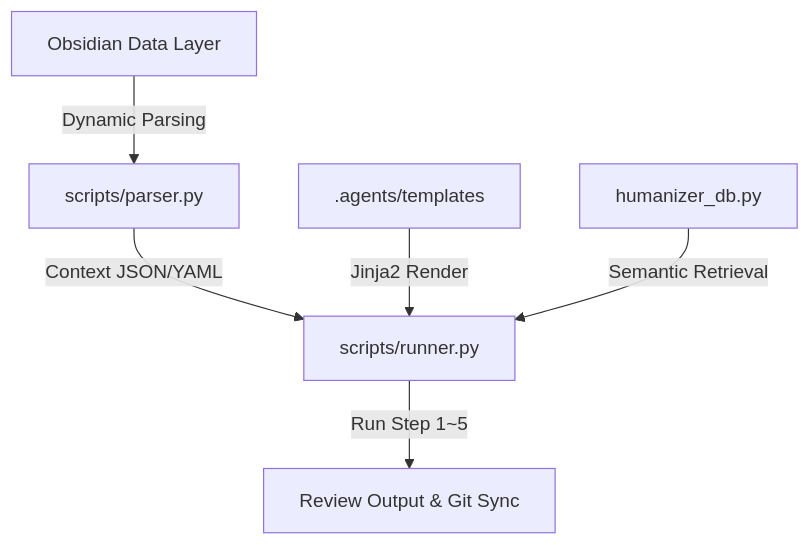
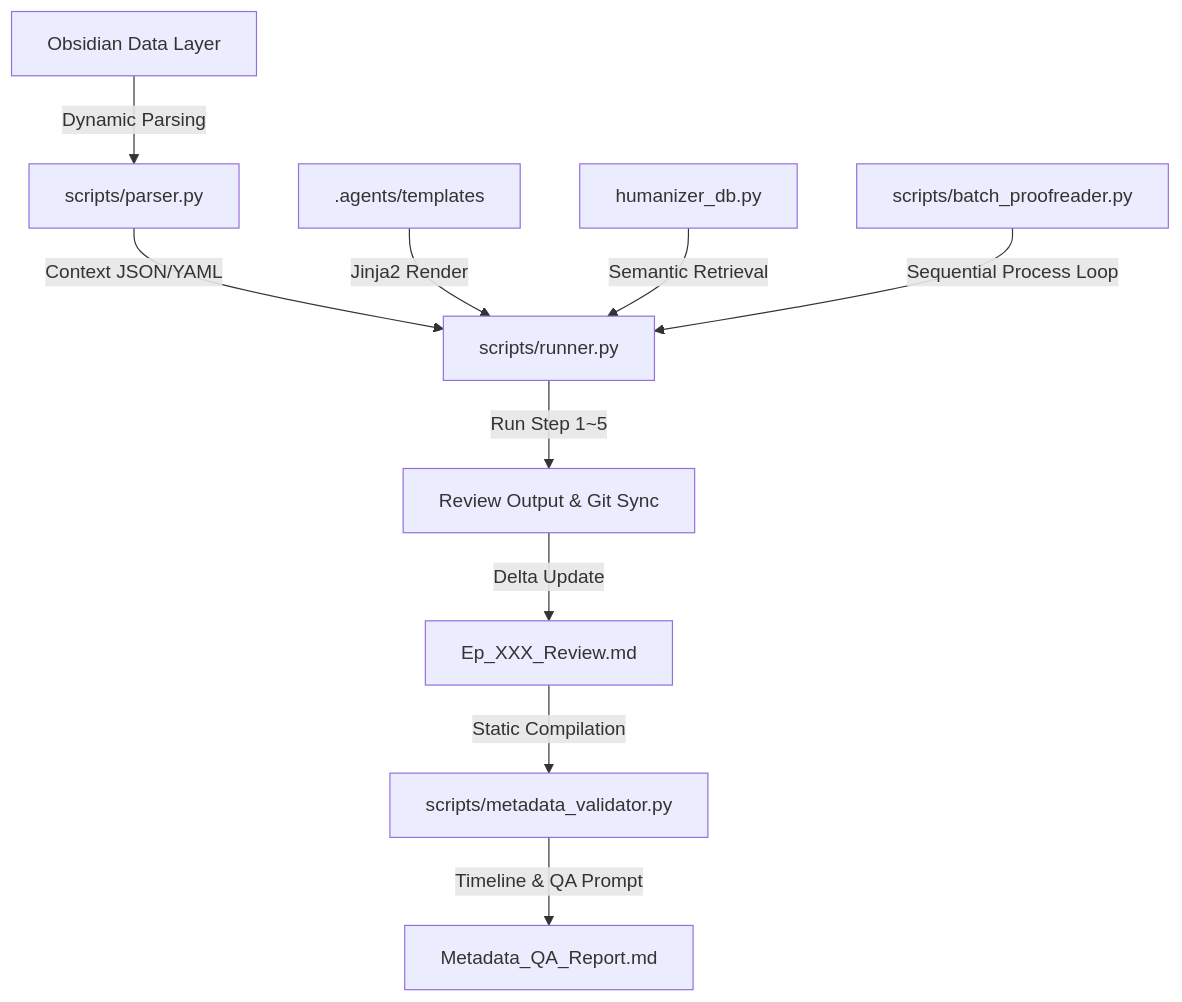
The diagram in harness_architecture.md (gurupia/harness-novel), drawn with Mermaid before and after one commit. The commit also changed other lines of this file and 6 other files, not shown here.

Commit message:
feat: Optimize token usage and implement batch proofreader & metadata validator

````diff
--- a/harness_architecture.md
+++ b/harness_architecture.md
@@ -11,8 +11,15 @@
 ```mermaid
 graph TD
     A[Obsidian Data Layer] -->|Dynamic Parsing| B[scripts/parser.py]
     B -->|Context JSON/YAML| C[scripts/runner.py]
     D[.agents/templates] -->|Jinja2 Render| C
     E[humanizer_db.py] -->|Semantic Retrieval| C
     C -->|Run Step 1~5| F[Review Output & Git Sync]
+    
+    %% 배치 및 검증 레이어
+    F -->|Delta Update| G[Ep_XXX_Review.md]
+    G -->|Static Compilation| H[scripts/metadata_validator.py]
+    H -->|Timeline & QA Prompt| I[Metadata_QA_Report.md]
+    
+    J[scripts/batch_proofreader.py] -->|Sequential Process Loop| C
 ```
````
